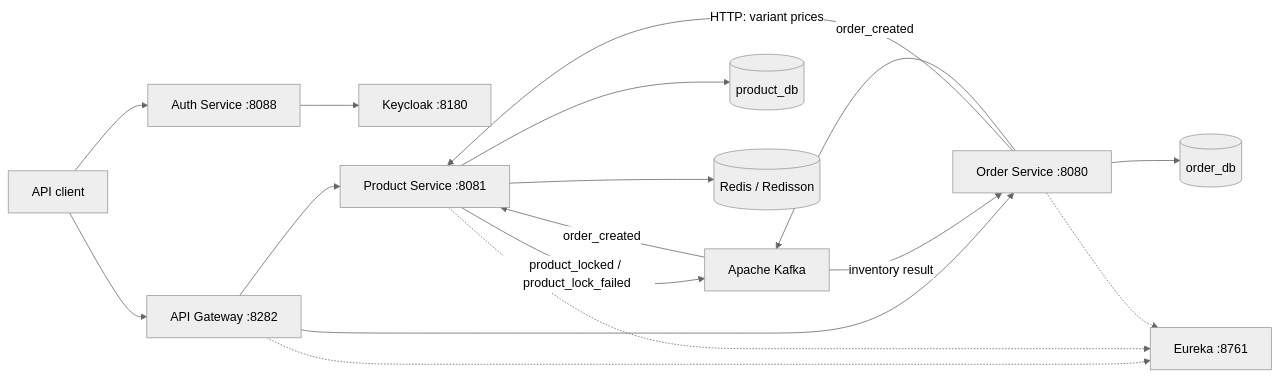
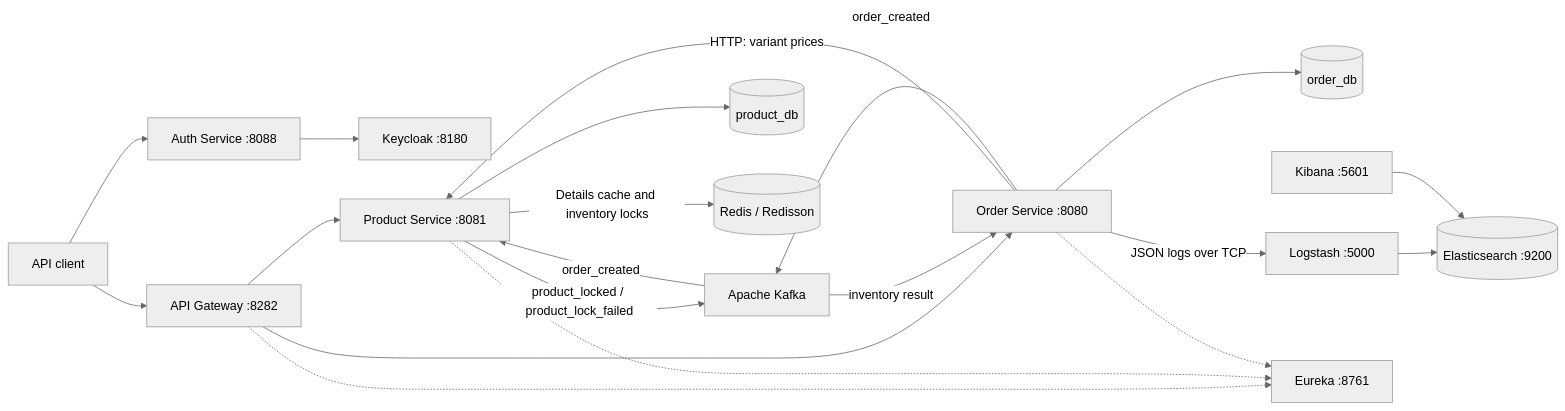
The first of 2 diagrams in README.md (mudotet/ecommerce-microservices), drawn with Mermaid (neutral theme) before and after one commit. The commit also changed other lines of this file and 25 other files, not shown here.

````diff
--- a/README.md
+++ b/README.md
@@ -21,23 +25,26 @@
 ```mermaid
 flowchart LR
     Client[API client] --> Gateway[API Gateway :8282]
     Client --> Auth[Auth Service :8088]
     Auth --> Keycloak[Keycloak :8180]
 
     Gateway --> Product[Product Service :8081]
     Gateway --> Order[Order Service :8080]
     Order -->|HTTP: variant prices| Product
 
     Order -->|order_created| Kafka[Apache Kafka]
     Kafka -->|order_created| Product
     Product -->|product_locked / product_lock_failed| Kafka
     Kafka -->|inventory result| Order
 
     Product --> ProductDB[(product_db)]
     Order --> OrderDB[(order_db)]
-    Product --> Redis[(Redis / Redisson)]
+    Product -->|Details cache and inventory locks| Redis[(Redis / Redisson)]
+    Order -->|JSON logs over TCP| Logstash[Logstash :5000]
+    Logstash --> Elasticsearch[(Elasticsearch :9200)]
+    Kibana[Kibana :5601] --> Elasticsearch
 
     Gateway -.-> Eureka[Eureka :8761]
     Product -.-> Eureka
     Order -.-> Eureka
 ```
````
